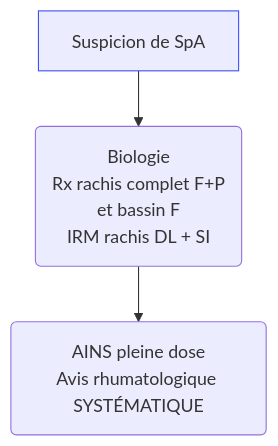
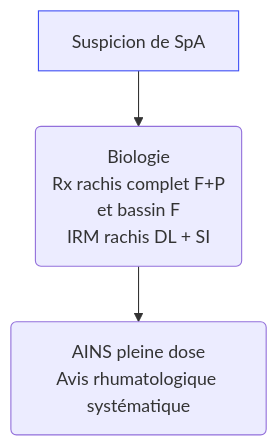
Before and after one commit to djibe/recommandations-medicales: the diagram in content/recommandations/spondylarthrite-ankylosante.md, drawn with Mermaid. The commit also changed 25 other files, not shown here.

Commit message:
Flowcharts: escape symbols

```diff
--- a/content/recommandations/spondylarthrite-ankylosante.md
+++ b/content/recommandations/spondylarthrite-ankylosante.md
@@ -335,6 +335,6 @@
 {{< mermaid title="Conduite à tenir devant une suspicion de spondylarthrite ankylosante. Dr JB FRON d'après SFRhumato 2018" >}}
 graph TB
-  suspicion[Suspicion de SpA] --> bilan("Biologie<br>Rx rachis complet F+P<br>et bassin F<br>IRM rachis DL + SI") --> rhumato("AINS pleine dose<br>Avis rhumatologique SYSTÉMATIQUE")
+  suspicion[Suspicion de SpA] --> bilan("Biologie<br>Rx rachis complet F+P<br>et bassin F<br>IRM rachis DL + SI") --> rhumato("AINS pleine dose<br>Avis rhumatologique systématique")
   style suspicion stroke:#4150f5, stroke-width:1px
 
 {{< /mermaid >}}
```
